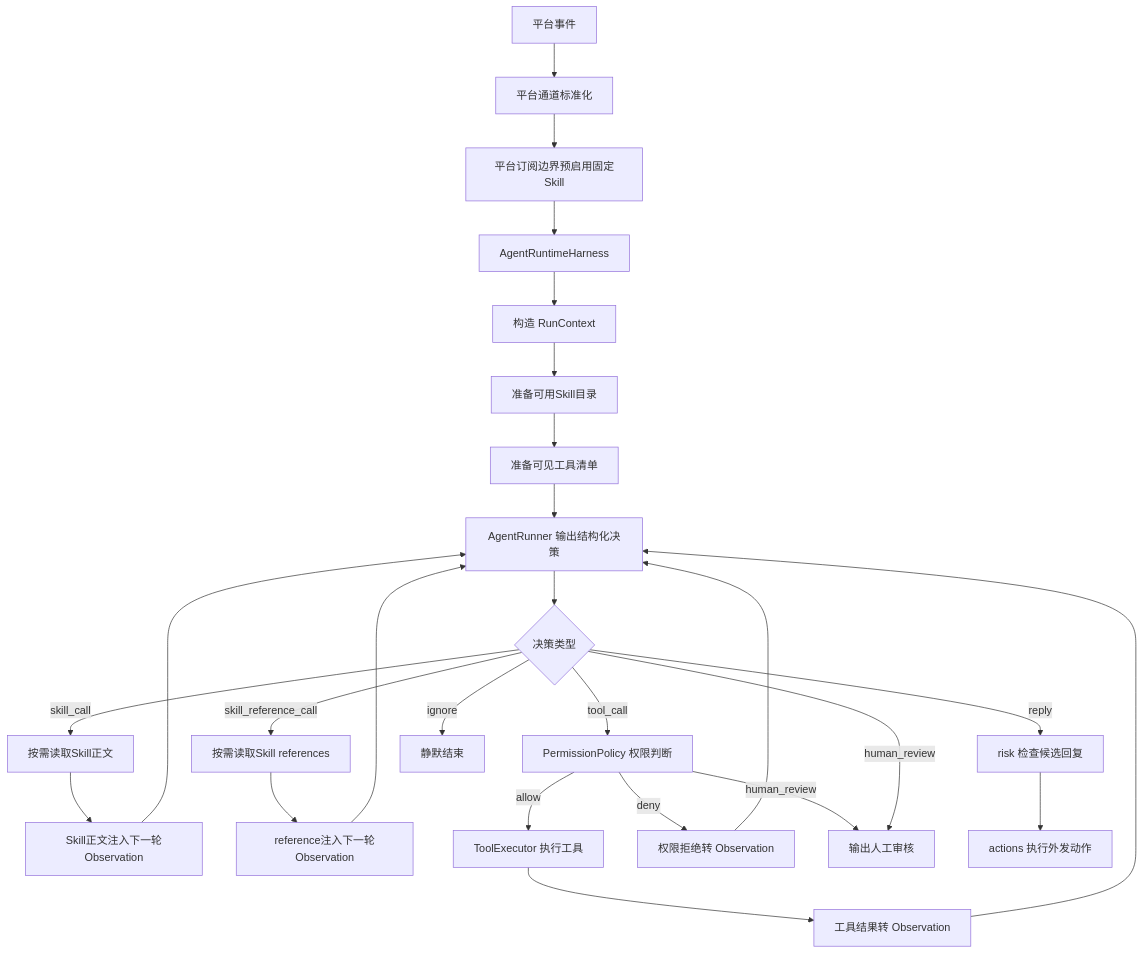
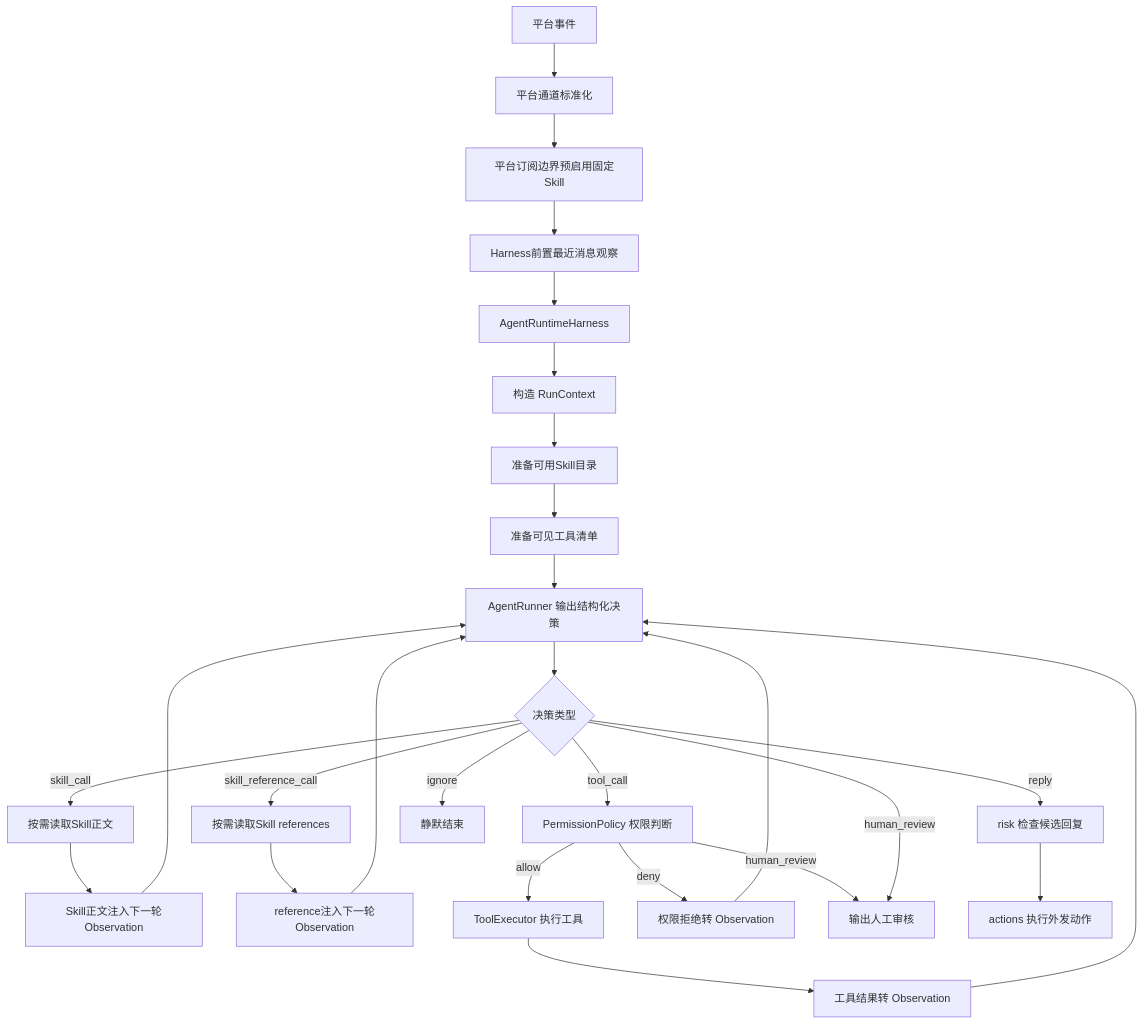
Before and after one commit to Yemomo511/ye-kitty: the diagram in design-docs/Agent/agent-runtime-harness.md, drawn with Mermaid. The commit also changed other lines of this file and 12 other files, not shown here.

````diff
--- a/design-docs/Agent/agent-runtime-harness.md
+++ b/design-docs/Agent/agent-runtime-harness.md
@@ -35,28 +36,29 @@
 ```mermaid
 flowchart TD
   PlatformEvent["平台事件"] --> PlatformChannel["平台通道标准化"]
   PlatformChannel --> PlatformSkill["平台订阅边界预启用固定Skill"]
-  PlatformSkill --> Harness["AgentRuntimeHarness"]
+  PlatformSkill --> InitialContext["Harness前置最近消息观察"]
+  InitialContext --> Harness["AgentRuntimeHarness"]
   Harness --> Context["构造 RunContext"]
   Context --> SkillCatalog["准备可用Skill目录"]
   SkillCatalog --> ToolRegistry["准备可见工具清单"]
   ToolRegistry --> Runner["AgentRunner 输出结构化决策"]
   Runner --> Decision{"决策类型"}
   Decision -->|skill_call| SkillLoad["按需读取Skill正文"]
   SkillLoad --> SkillObservation["Skill正文注入下一轮Observation"]
   SkillObservation --> Runner
   Decision -->|skill_reference_call| RefLoad["按需读取Skill references"]
   RefLoad --> RefObservation["reference注入下一轮Observation"]
   RefObservation --> Runner
   Decision -->|tool_call| Permission["PermissionPolicy 权限判断"]
   Permission -->|allow| ToolExecutor["ToolExecutor 执行工具"]
   ToolExecutor --> Observation["工具结果转 Observation"]
   Observation --> Runner
   Permission -->|deny| DenyObservation["权限拒绝转 Observation"]
   DenyObservation --> Runner
   Permission -->|human_review| HumanReview["输出人工审核"]
   Decision -->|reply| Risk["risk 检查候选回复"]
   Decision -->|ignore| FinalIgnore["静默结束"]
   Decision -->|human_review| HumanReview
   Risk --> Actions["actions 执行外发动作"]
 ```
````
